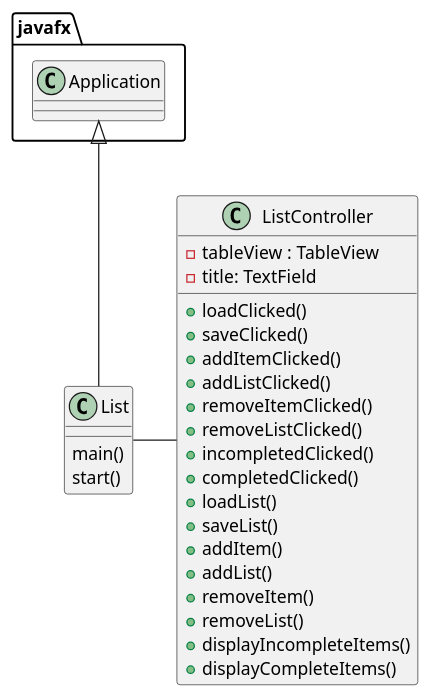
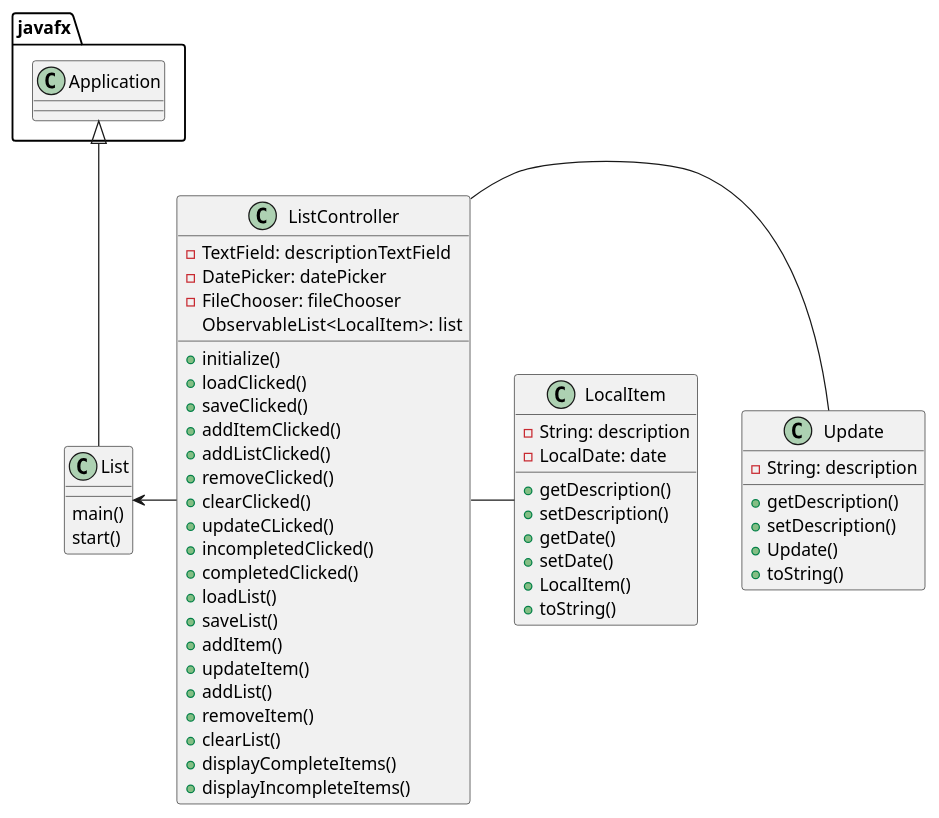
One commit to AEUHHH/Kalczuk-cop3330-assignment4part2 changed the diagram in uml/list01.puml. Above: the diagram before and after it, drawn with PlantUML. The commit also changed 1 other file, not shown here.

```diff
--- a/uml/list01.puml
+++ b/uml/list01.puml
@@ -1,38 +1,67 @@
 @startuml
 
 'https://plantuml.com/class-diagram
 
 class List{
     main()
     start()
 }
 
 class ListController{
 
-    -tableView : TableView
-    -title: TextField
+    -TextField: descriptionTextField
+    -DatePicker: datePicker
+    -FileChooser: fileChooser
+    ObservableList<LocalItem>:  list
 
+    + initialize()
     + loadClicked()
     + saveClicked()
     + addItemClicked()
     + addListClicked()
-    + removeItemClicked()
-    + removeListClicked()
+    + removeClicked()
+    + clearClicked()
+    + updateCLicked()
     + incompletedClicked()
     + completedClicked()
     + loadList()
     + saveList()
     + addItem()
+    + updateItem()
     + addList()
     + removeItem()
-    + removeList()
+    + clearList()
+    + displayCompleteItems()
     + displayIncompleteItems()
-    + displayCompleteItems()
+
 }
+class LocalItem{
 
+    - String: description
+    - LocalDate: date
+
+    + getDescription()
+    + setDescription()
+    + getDate()
+    + setDate()
+    + LocalItem()
+    + toString()
+
+}
+class Update{
+     - String: description
+
+     + getDescription()
+     + setDescription()
+     + Update()
+     + toString()
+}
 
 javafx.Application <|-- List
 
-List - ListController
+List <- ListController
+ListController - Update
+ListController - LocalItem
+
 
 @enduml
```
